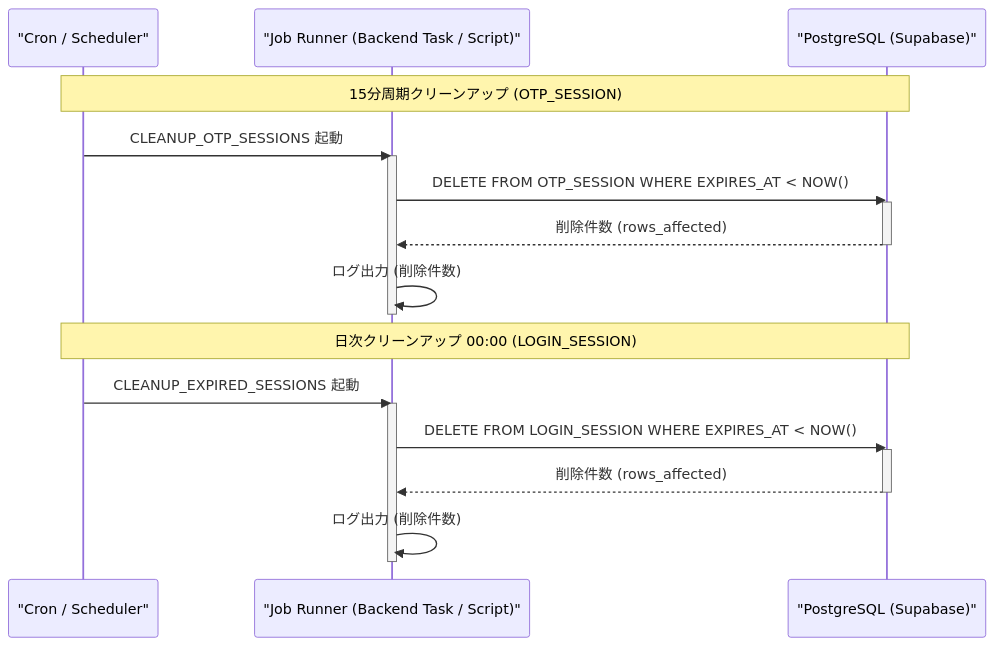
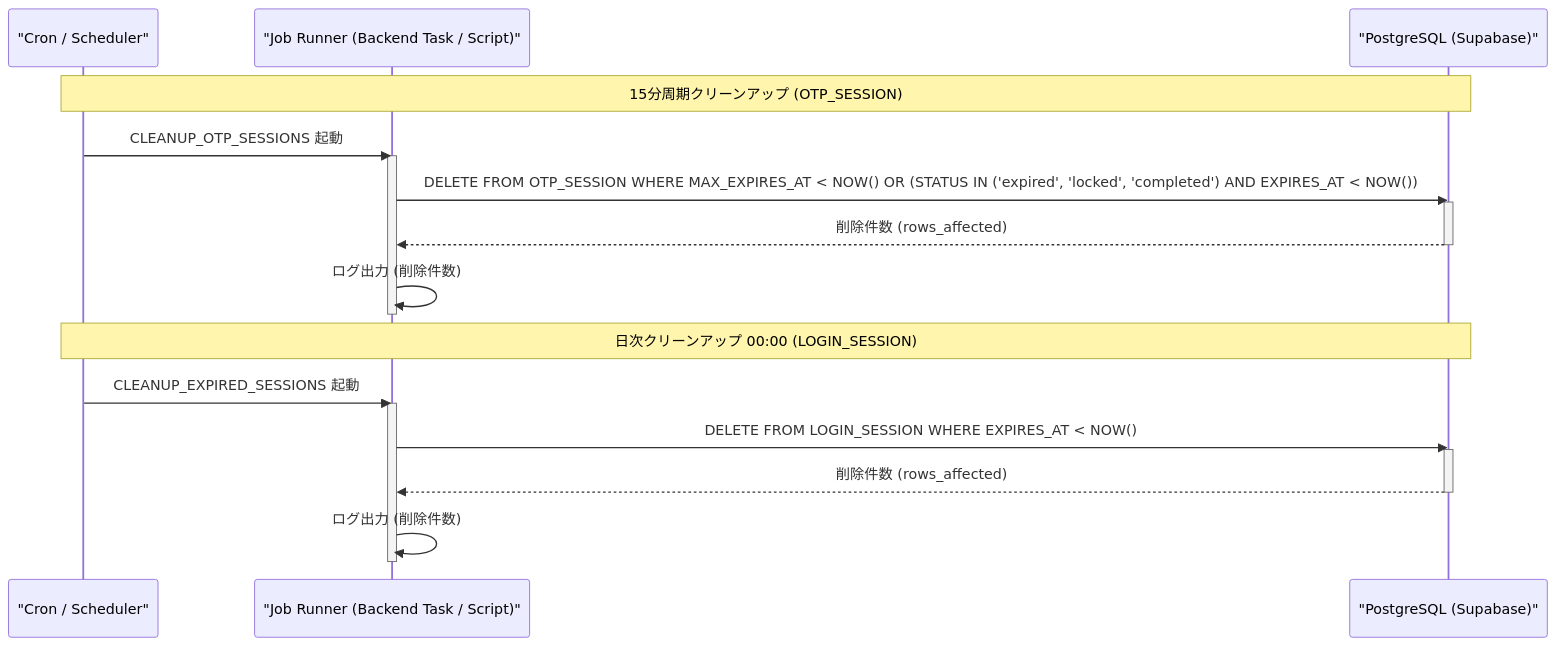
Before and after one commit to TUS-TI-dev-team/SyncTask: the diagram in docs/design/job_design.md, drawn with Mermaid. The commit also changed other lines of this file and 9 other files, not shown here.

````diff
--- a/docs/design/job_design.md
+++ b/docs/design/job_design.md
@@ -51,26 +52,26 @@
 ```mermaid
 sequenceDiagram
     participant Cron as "Cron / Scheduler"
     participant Runner as "Job Runner (Backend Task / Script)"
     participant DB as "PostgreSQL (Supabase)"
 
     Note over Cron,DB: 15分周期クリーンアップ (OTP_SESSION)
     Cron->>Runner: CLEANUP_OTP_SESSIONS 起動
     activate Runner
-    Runner->>DB: DELETE FROM OTP_SESSION WHERE EXPIRES_AT < NOW()
+    Runner->>DB: DELETE FROM OTP_SESSION WHERE MAX_EXPIRES_AT < NOW() OR (STATUS IN ('expired', 'locked', 'completed') AND EXPIRES_AT < NOW())
     activate DB
     DB-->>Runner: 削除件数 (rows_affected)
     deactivate DB
     Runner->>Runner: ログ出力 (削除件数)
     deactivate Runner
 
     Note over Cron,DB: 日次クリーンアップ 00:00 (LOGIN_SESSION)
     Cron->>Runner: CLEANUP_EXPIRED_SESSIONS 起動
     activate Runner
     Runner->>DB: DELETE FROM LOGIN_SESSION WHERE EXPIRES_AT < NOW()
     activate DB
     DB-->>Runner: 削除件数 (rows_affected)
     deactivate DB
     Runner->>Runner: ログ出力 (削除件数)
     deactivate Runner
 ```
````
